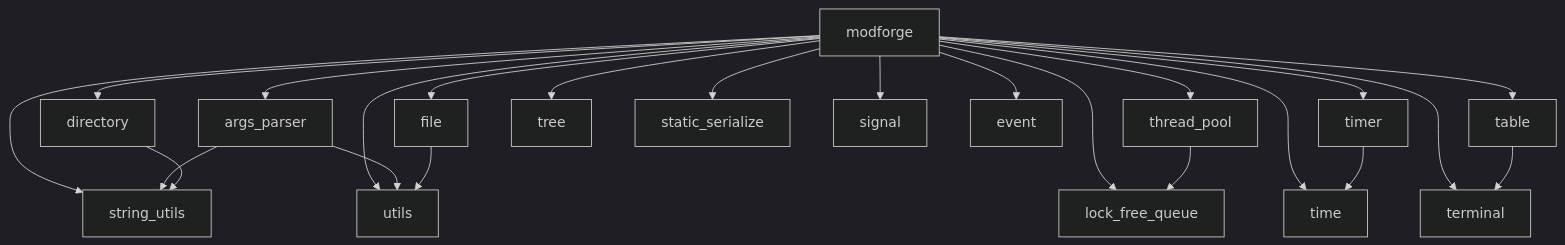
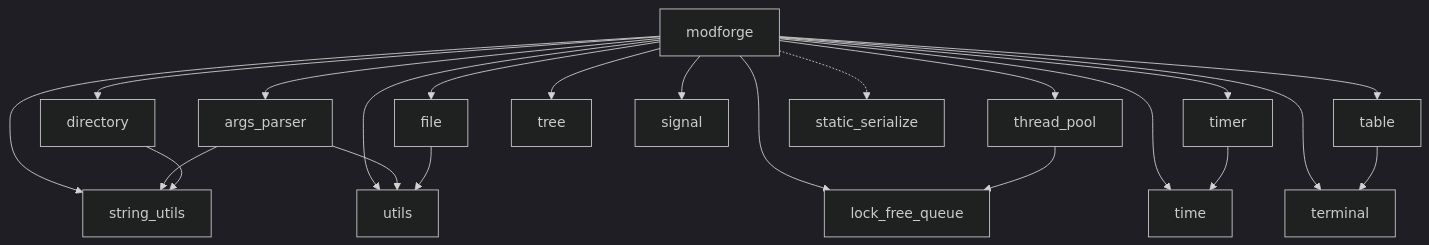
The diagram in README.md (hexne/modforge), drawn with Mermaid (dark theme) before and after one commit. The commit also changed other lines of this file and 6 other files, not shown here.

````diff
--- a/README.md
+++ b/README.md
@@ -41,26 +40,25 @@
 ```mermaid
 graph TD
     modforge --> args_parser
     modforge --> directory
     modforge --> file
     modforge --> lock_free_queue
     modforge --> thread_pool
     modforge --> time
     modforge --> timer
     modforge --> tree
     modforge --> utils
     modforge --> string_utils
-    modforge --> static_serialize
     modforge --> signal
-    modforge --> event
     modforge --> terminal
     modforge --> table
+    modforge -.-> static_serialize
 
     args_parser --> string_utils
     args_parser --> utils
     directory --> string_utils
     file --> utils
     thread_pool --> lock_free_queue
     timer --> time
     table --> terminal
 ```
````
